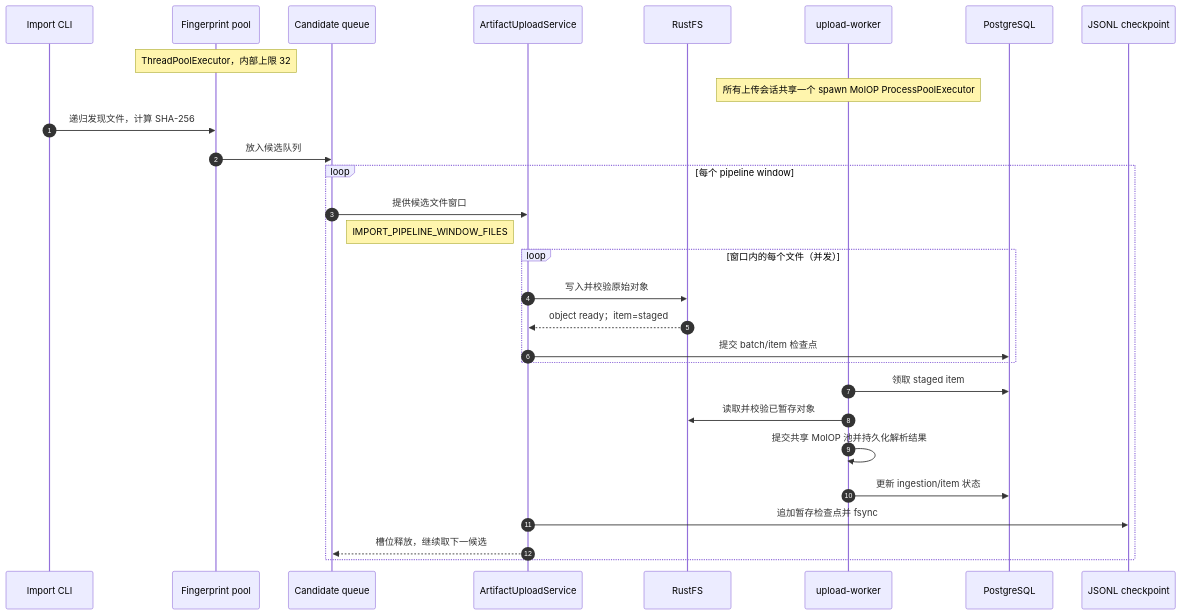
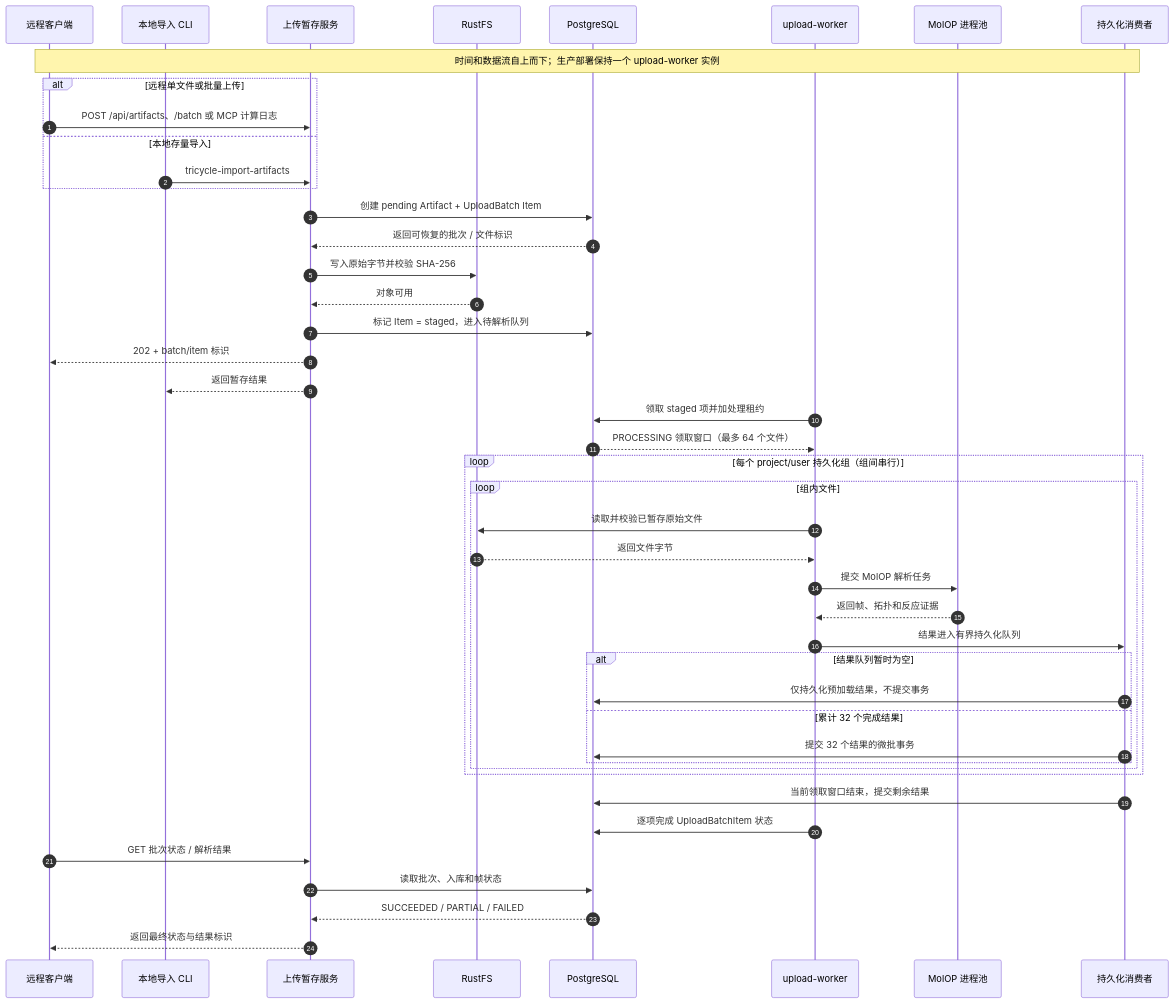
One commit to gentle1999/TriCycle-ReactionDatabase changed the diagram in docs/development.md. Above: the diagram before and after it, drawn with Mermaid. The commit also changed other lines of this file and 44 other files, not shown here.

First line of the commit message:
refactor: finalize queued upload persistence pipeline

````diff
--- a/docs/development.md
+++ b/docs/development.md
@@ -579,33 +616,49 @@
 ```mermaid
 sequenceDiagram
     autonumber
-    participant I as Import CLI
-    participant F as Fingerprint pool
-    participant Q as Candidate queue
-    participant U as ArtifactUploadService
-    participant R as RustFS
+    participant R as 远程客户端
+    participant L as 本地导入 CLI
+    participant S as 上传暂存服务
+    participant O as RustFS
+    participant D as PostgreSQL
     participant W as upload-worker
-    participant D as PostgreSQL
-    participant C as JSONL checkpoint
+    participant M as MolOP 进程池
+    participant P as 持久化消费者
 
-    Note over F: ThreadPoolExecutor，内部上限 32
-    Note over W: 所有上传会话共享一个 spawn MolOP ProcessPoolExecutor
+    Note over R,P: 时间和数据流自上而下；生产部署保持一个 upload-worker 实例
+    alt 远程单文件或批量上传
+        R->>S: POST /api/artifacts、/batch 或 MCP 计算日志
+    else 本地存量导入
+        L->>S: tricycle-import-artifacts
+    end
+    S->>D: 创建 pending Artifact + UploadBatch Item
+    D-->>S: 返回可恢复的批次 / 文件标识
+    S->>O: 写入原始字节并校验 SHA-256
+    O-->>S: 对象可用
+    S->>D: 标记 Item = staged，进入待解析队列
+    S-->>R: 202 + batch/item 标识
+    S-->>L: 返回暂存结果
 
-    I->>F: 递归发现文件，计算 SHA-256
-    F->>Q: 放入候选队列
-    loop 每个 pipeline window
-        Q->>U: 提供候选文件窗口
-        Note right of Q: IMPORT_PIPELINE_WINDOW_FILES
-        loop 窗口内的每个文件（并发）
-            U->>R: 写入并校验原始对象
-            R-->>U: object ready；item=staged
-            U->>D: 提交 batch/item 检查点
+    W->>D: 领取 staged 项并加处理租约
+    D-->>W: PROCESSING 领取窗口（最多 64 个文件）
+    loop 每个 project/user 持久化组（组间串行）
+        loop 组内文件
+            W->>O: 读取并校验已暂存原始文件
+            O-->>W: 返回文件字节
+            W->>M: 提交 MolOP 解析任务
+            M-->>W: 返回帧、拓扑和反应证据
+            W->>P: 结果进入有界持久化队列
+            alt 结果队列暂时为空
+                P->>D: 仅持久化预加载结果，不提交事务
+            else 累计 32 个完成结果
+                P->>D: 提交 32 个结果的微批事务
+            end
         end
-        W->>D: 领取 staged item
-        W->>R: 读取并校验已暂存对象
-        W->>W: 提交共享 MolOP 池并持久化解析结果
-        W->>D: 更新 ingestion/item 状态
-        U->>C: 追加暂存检查点并 fsync
-        U-->>Q: 槽位释放，继续取下一候选
     end
+    P->>D: 当前领取窗口结束，提交剩余结果
+    W->>D: 逐项完成 UploadBatchItem 状态
+    R->>S: GET 批次状态 / 解析结果
+    S->>D: 读取批次、入库和帧状态
+    D-->>S: SUCCEEDED / PARTIAL / FAILED
+    S-->>R: 返回最终状态与结果标识
 ```
````
